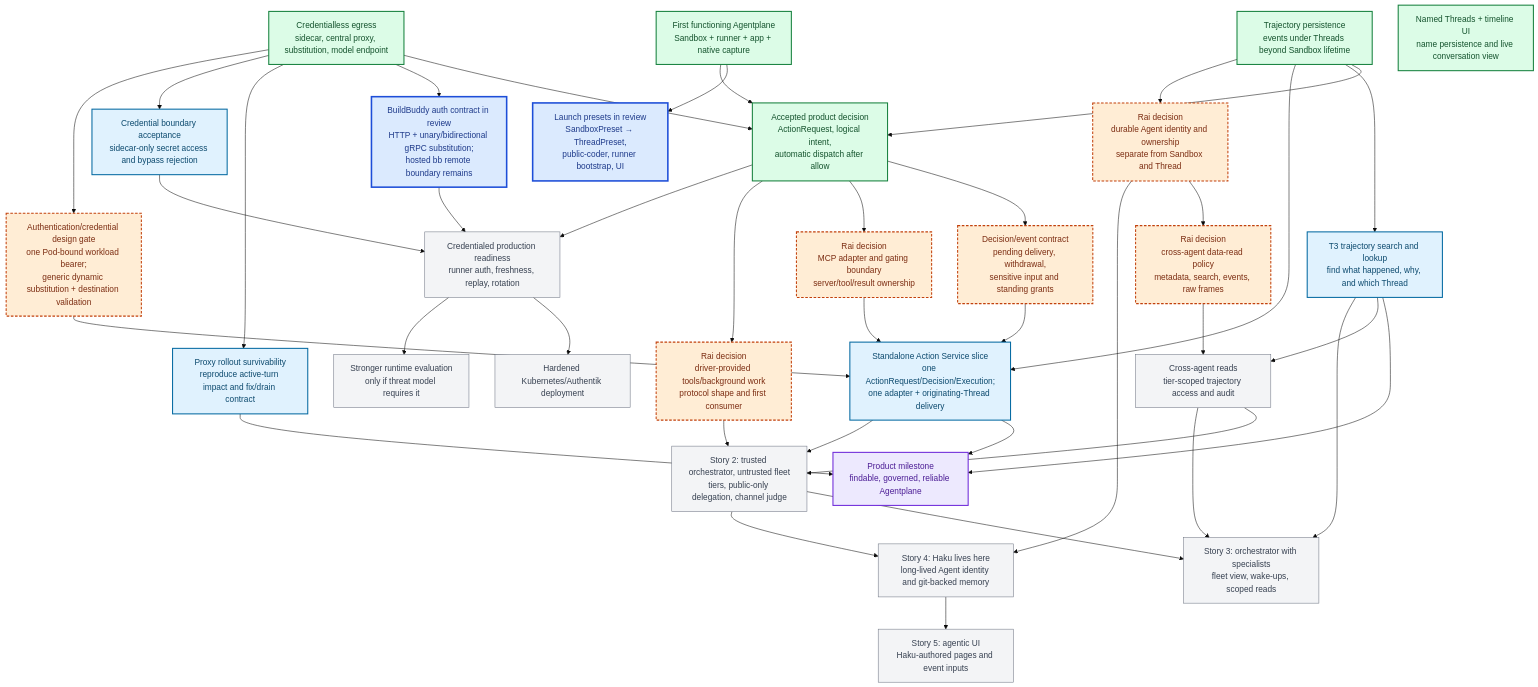
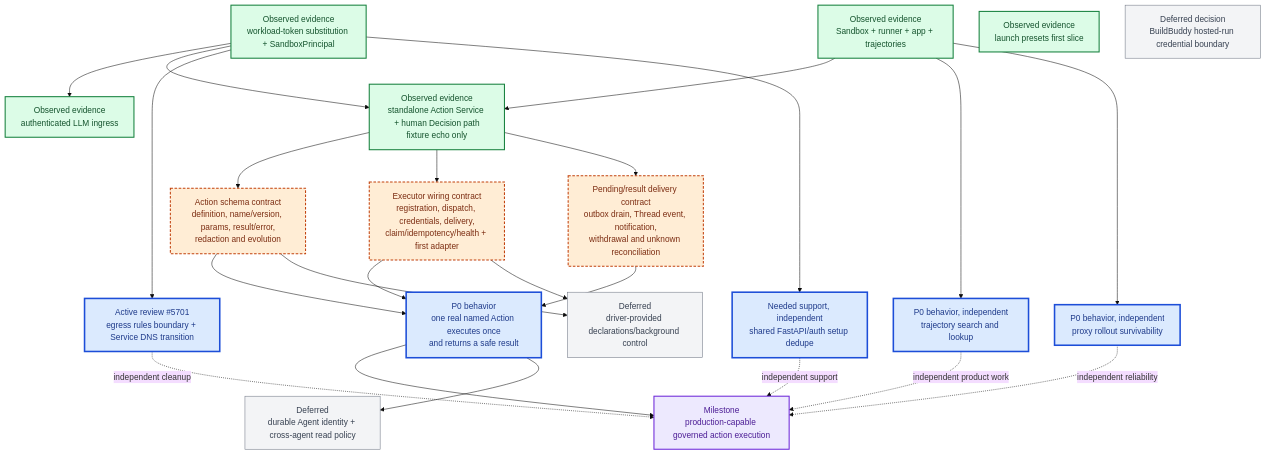
Before and after one commit to agentydragon/ducktape: the diagram in x/agentplane/plans/task_dag.md, drawn with Mermaid (base theme). The commit also changed other lines of this file and 11 other files, not shown here.

Commit message:
docs(agentplane): reconcile landed DAG and action design gates (#5705)

````diff
--- a/x/agentplane/plans/task_dag.md
+++ b/x/agentplane/plans/task_dag.md
@@ -62,79 +58,53 @@
 ```mermaid
 flowchart TB
     classDef completed fill:#dcfce7,stroke:#15803d,color:#14532d,stroke-width:2px
     classDef active fill:#dbeafe,stroke:#1d4ed8,color:#1e3a8a,stroke-width:3px
-    classDef ready fill:#e0f2fe,stroke:#0369a1,color:#0c4a6e,stroke-width:2px
-    classDef milestone fill:#ede9fe,stroke:#6d28d9,color:#4c1d95,stroke-width:2px
     classDef decision fill:#ffedd5,stroke:#c2410c,color:#7c2d12,stroke-width:2px,stroke-dasharray:5 3
     classDef future fill:#f3f4f6,stroke:#6b7280,color:#374151
+    classDef milestone fill:#ede9fe,stroke:#6d28d9,color:#4c1d95,stroke-width:2px
 
-    F0["First functioning Agentplane<br/>Sandbox + runner + app + native capture"]:::completed
-    J["Credentialless egress<br/>sidecar, central proxy, substitution, model endpoint"]:::completed
-    T1["Trajectory persistence<br/>events under Threads beyond Sandbox lifetime"]:::completed
-    T2["Named Threads + timeline UI<br/>name persistence and live conversation view"]:::completed
+    F0["Observed evidence<br/>Sandbox + runner + app + trajectories"]:::completed
+    AUTH["Observed evidence<br/>workload-token substitution + SandboxPrincipal"]:::completed
+    LLM["Observed evidence<br/>authenticated LLM ingress"]:::completed
+    ACTION0["Observed evidence<br/>standalone Action Service + human Decision path<br/>fixture echo only"]:::completed
+    PRESETS["Observed evidence<br/>launch presets first slice"]:::completed
 
-    LP["Launch presets in review<br/>SandboxPreset → ThreadPreset,<br/>public-coder, runner bootstrap, UI"]:::active
-    BB["BuildBuddy auth contract in review<br/>HTTP + unary/bidirectional gRPC substitution;<br/>hosted bb remote boundary remains"]:::active
+    AS["Action schema contract<br/>definition, name/version, params, result/error,<br/>redaction and evolution"]:::decision
+    EW["Executor wiring contract<br/>registration, dispatch, credentials, delivery,<br/>claim/idempotency/health + first adapter"]:::decision
+    DEL["Pending/result delivery contract<br/>outbox drain, Thread event, notification,<br/>withdrawal and unknown reconciliation"]:::decision
+    ACTION1["P0 behavior<br/>one real named Action executes once<br/>and returns a safe result"]:::active
 
-    OPD["Accepted product decision<br/>ActionRequest, logical intent,<br/>automatic dispatch after allow"]:::completed
-    OPS["Decision/event contract<br/>pending delivery, withdrawal,<br/>sensitive input and standing grants"]:::decision
-    MCPD["Rai decision<br/>MCP adapter and gating boundary<br/>server/tool/result ownership"]:::decision
-    AUTH["Authentication/credential design gate<br/>one Pod-bound workload bearer;<br/>generic dynamic substitution + destination validation"]:::decision
-    OPI["Standalone Action Service slice<br/>one ActionRequest/Decision/Execution;<br/>one adapter + originating-Thread delivery"]:::ready
+    ER["Active review #5701<br/>egress rules boundary + Service DNS transition"]:::active
+    DEDUPE["Needed support, independent<br/>shared FastAPI/auth setup dedupe"]:::active
+    T3["P0 behavior, independent<br/>trajectory search and lookup"]:::active
+    PR["P0 behavior, independent<br/>proxy rollout survivability"]:::active
 
-    T3["T3 trajectory search and lookup<br/>find what happened, why, and which Thread"]:::ready
-    PR["Proxy rollout survivability<br/>reproduce active-turn impact and fix/drain contract"]:::ready
-    SEC["Credential boundary acceptance<br/>sidecar-only secret access and bypass rejection"]:::ready
+    BB["Deferred decision<br/>BuildBuddy hosted-run credential boundary"]:::future
+    DT["Deferred<br/>driver-provided declarations/background control"]:::future
+    AG["Deferred<br/>durable Agent identity + cross-agent read policy"]:::future
+    PROD["Milestone<br/>production-capable governed action execution"]:::milestone
 
-    AGD["Rai decision<br/>durable Agent identity and ownership<br/>separate from Sandbox and Thread"]:::decision
-    DATAD["Rai decision<br/>cross-agent data-read policy<br/>metadata, search, events, raw frames"]:::decision
-    XREAD["Cross-agent reads<br/>tier-scoped trajectory access and audit"]:::future
+    F0 --> ACTION0
+    AUTH --> LLM
+    AUTH --> ACTION0
+    ACTION0 --> AS
+    ACTION0 --> EW
+    ACTION0 --> DEL
+    AS --> ACTION1
+    EW --> ACTION1
+    DEL --> ACTION1
+    ACTION1 --> PROD
 
-    DT["Rai decision<br/>driver-provided tools/background work<br/>protocol shape and first consumer"]:::decision
-    N["Story 2: trusted orchestrator, untrusted fleet<br/>tiers, public-only delegation, channel judge"]:::future
-    O["Story 3: orchestrator with specialists<br/>fleet view, wake-ups, scoped reads"]:::future
-    HK["Story 4: Haku lives here<br/>long-lived Agent identity and git-backed memory"]:::future
-    UI["Story 5: agentic UI<br/>Haku-authored pages and event inputs"]:::future
-    L["Credentialed production readiness<br/>runner auth, freshness, replay, rotation"]:::future
-    V["Stronger runtime evaluation<br/>only if threat model requires it"]:::future
-    W["Hardened Kubernetes/Authentik deployment"]:::future
-    F["Product milestone<br/>findable, governed, reliable Agentplane"]:::milestone
+    AUTH --> ER
+    AUTH --> DEDUPE
+    F0 --> T3
+    F0 --> PR
+    ER -. independent cleanup .-> PROD
+    DEDUPE -. independent support .-> PROD
+    T3 -. independent product work .-> PROD
+    PR -. independent reliability .-> PROD
 
-    F0 --> LP
-    F0 --> OPD
-    J --> OPD
-    J --> BB
-    T1 --> OPD
-    T1 --> T3
-    J --> PR
-    J --> SEC
-    OPD --> OPS
-    OPD --> MCPD
-    OPS --> OPI
-    MCPD --> OPI
-    J --> AUTH
-    AUTH --> OPI
-    T1 --> OPI
-    T3 --> F
-    OPI --> F
-    PR --> F
-    SEC --> L
-    BB --> L
-    OPD --> DT
-    T1 --> AGD
-    AGD --> DATAD
-    T3 --> XREAD
-    DATAD --> XREAD
-    OPI --> N
-    XREAD --> N
-    DT --> N
-    N --> O
-    XREAD --> O
-    T3 --> O
-    N --> HK
-    AGD --> HK
-    HK --> UI
-    L --> W
-    OPD --> L
-    L --> V
+    AS --> DT
+    EW --> DT
+    ACTION1 --> AG
 ```
````
